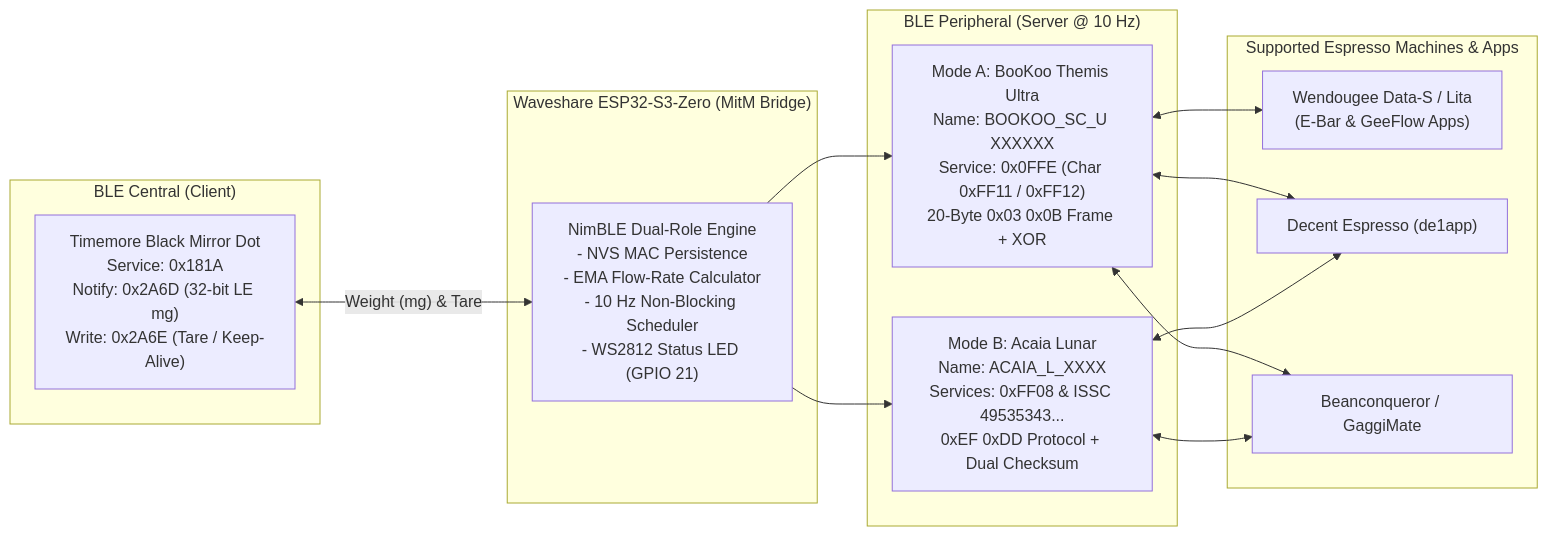
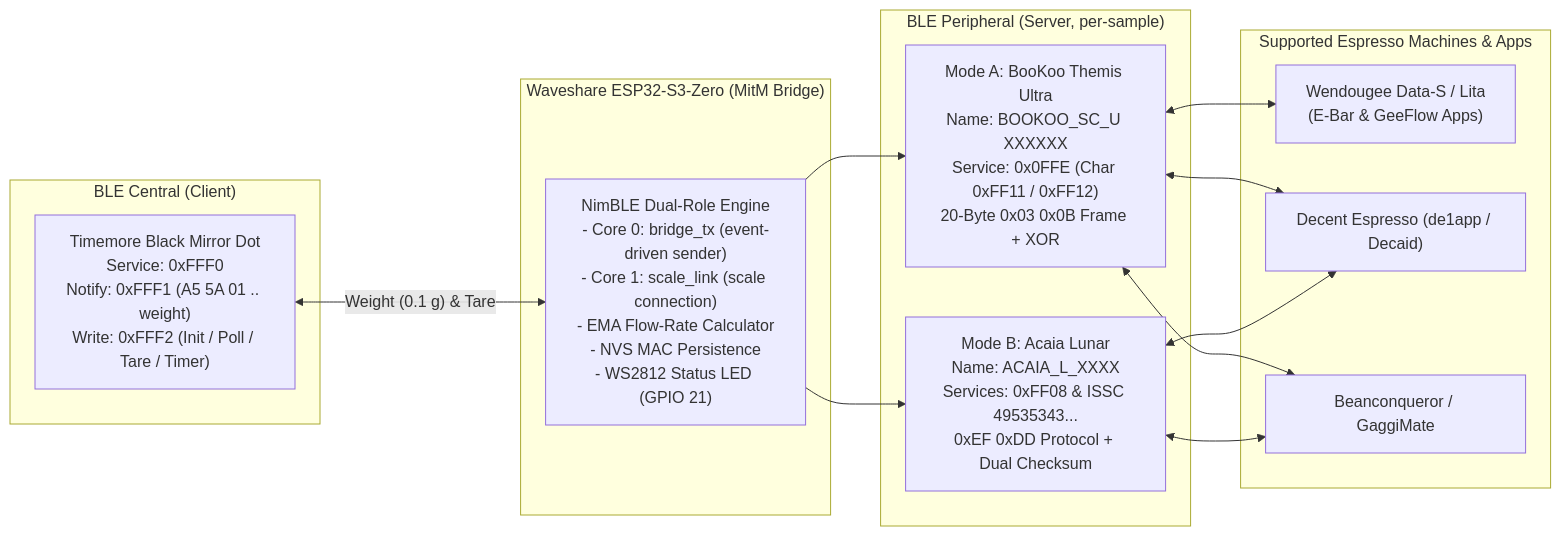
One commit to jcallano/BLE-_Scale_Translator_Bridge__Wendougee_E-Bar changed the diagram in README.md. Above: the diagram before and after it, drawn with Mermaid. The commit also changed other lines of this file and 3 other files, not shown here.

First line of the commit message:
Protocolo Timemore Dot de de1app, ajuste de enlaces y documentación

````diff
--- a/README.md
+++ b/README.md
@@ -37,30 +38,30 @@
 ```mermaid
 flowchart LR
     subgraph Input ["BLE Central (Client)"]
-        TM["Timemore Black Mirror Dot<br/>Service: 0x181A<br/>Notify: 0x2A6D (32-bit LE mg)<br/>Write: 0x2A6E (Tare / Keep-Alive)"]
+        TM["Timemore Black Mirror Dot<br/>Service: 0xFFF0<br/>Notify: 0xFFF1 (A5 5A 01 .. weight)<br/>Write: 0xFFF2 (Init / Poll / Tare / Timer)"]
     end
 
     subgraph Bridge ["Waveshare ESP32-S3-Zero (MitM Bridge)"]
-        CORE["NimBLE Dual-Role Engine<br/>- NVS MAC Persistence<br/>- EMA Flow-Rate Calculator<br/>- 10 Hz Non-Blocking Scheduler<br/>- WS2812 Status LED (GPIO 21)"]
+        CORE["NimBLE Dual-Role Engine<br/>- Core 0: bridge_tx (event-driven sender)<br/>- Core 1: scale_link (scale connection)<br/>- EMA Flow-Rate Calculator<br/>- NVS MAC Persistence<br/>- WS2812 Status LED (GPIO 21)"]
     end
 
-    subgraph Output ["BLE Peripheral (Server @ 10 Hz)"]
+    subgraph Output ["BLE Peripheral (Server, per-sample)"]
         BK["Mode A: BooKoo Themis Ultra<br/>Name: BOOKOO_SC_U XXXXXX<br/>Service: 0x0FFE (Char 0xFF11 / 0xFF12)<br/>20-Byte 0x03 0x0B Frame + XOR"]
         AC["Mode B: Acaia Lunar<br/>Name: ACAIA_L_XXXX<br/>Services: 0xFF08 & ISSC 49535343...<br/>0xEF 0xDD Protocol + Dual Checksum"]
     end
 
     subgraph Hosts ["Supported Espresso Machines & Apps"]
         WDG["Wendougee Data-S / Lita<br/>(E-Bar & GeeFlow Apps)"]
-        DE1["Decent Espresso (de1app)"]
+        DE1["Decent Espresso (de1app / Decaid)"]
         BC["Beanconqueror / GaggiMate"]
     end
 
-    TM <-->|"Weight (mg) & Tare"| CORE
+    TM <-->|"Weight (0.1 g) & Tare"| CORE
     CORE --> BK
     CORE --> AC
     BK <--> WDG
     BK <--> DE1
     BK <--> BC
     AC <--> DE1
     AC <--> BC
 ```
````
